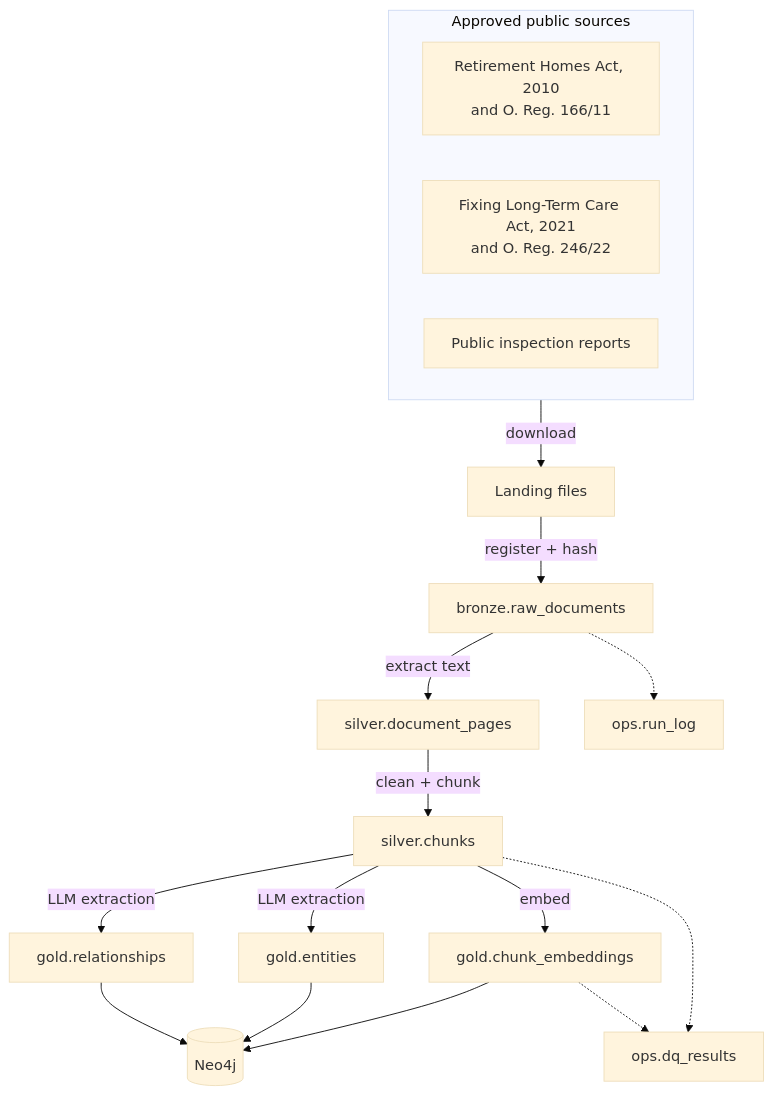
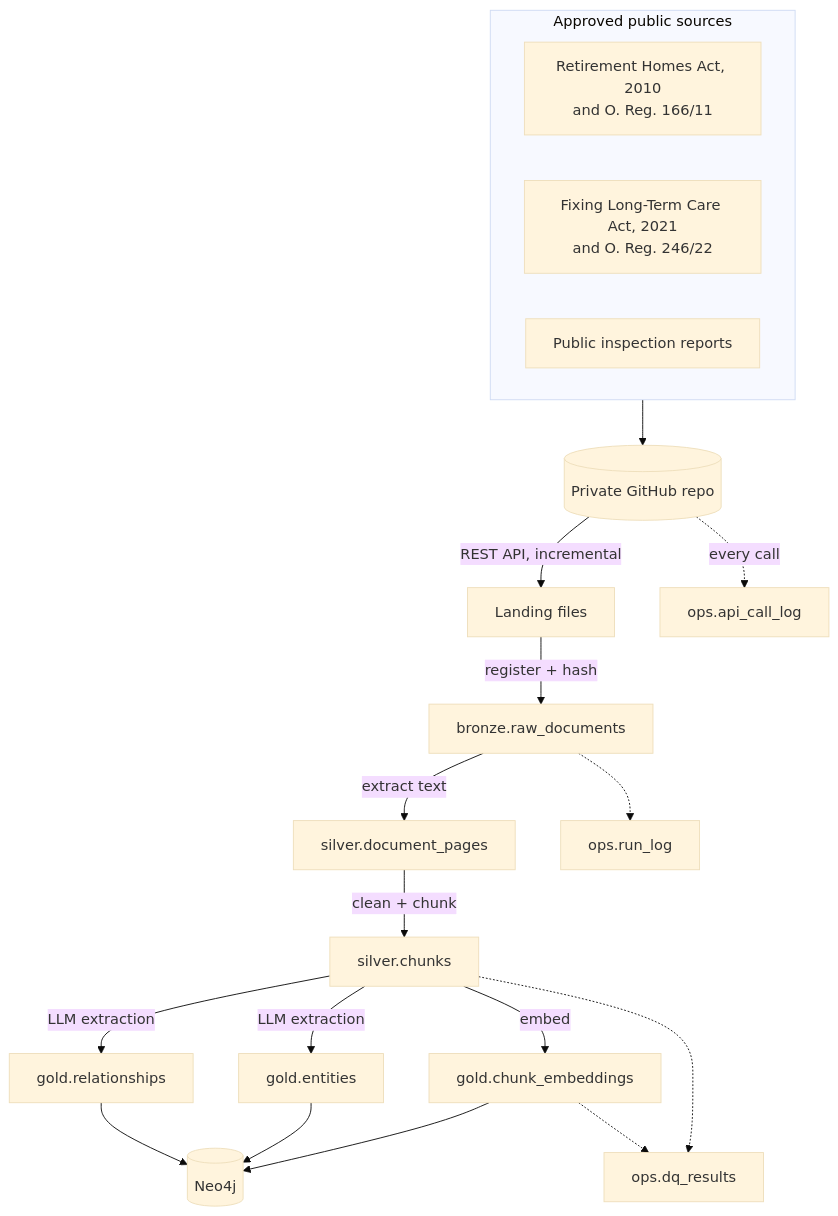
One commit to sharmagaurav5892-svg/care-reg-platform changed the first of 2 diagrams in docs/01_architecture.md. Above: the diagram before and after it, drawn with Mermaid (base theme). The commit also changed other lines of this file and 38 other files, not shown here.

First line of the commit message:
Step 2: bronze ingestion through the GitHub REST API

````diff
--- a/docs/01_architecture.md
+++ b/docs/01_architecture.md
@@ -13,21 +14,23 @@
 ```mermaid
 flowchart TB
     subgraph SRC[Approved public sources]
       S1[Retirement Homes Act, 2010<br/>and O. Reg. 166/11]
       S2[Fixing Long-Term Care Act, 2021<br/>and O. Reg. 246/22]
       S3[Public inspection reports]
     end
-    SRC -->|download| L[Landing files]
+    SRC --> GH[(Private GitHub repo)]
+    GH -->|REST API, incremental| L[Landing files]
+    GH -.->|every call| AL[ops.api_call_log]
     L -->|register + hash| B[bronze.raw_documents]
     B -->|extract text| SP[silver.document_pages]
     SP -->|clean + chunk| SC[silver.chunks]
     SC -->|embed| GE[gold.chunk_embeddings]
     SC -->|LLM extraction| GN[gold.entities]
     SC -->|LLM extraction| GR[gold.relationships]
     GE --> N[(Neo4j)]
     GN --> N
     GR --> N
     B -.-> RL[ops.run_log]
     SC -.-> DQ[ops.dq_results]
     GE -.-> DQ
 ```
````
